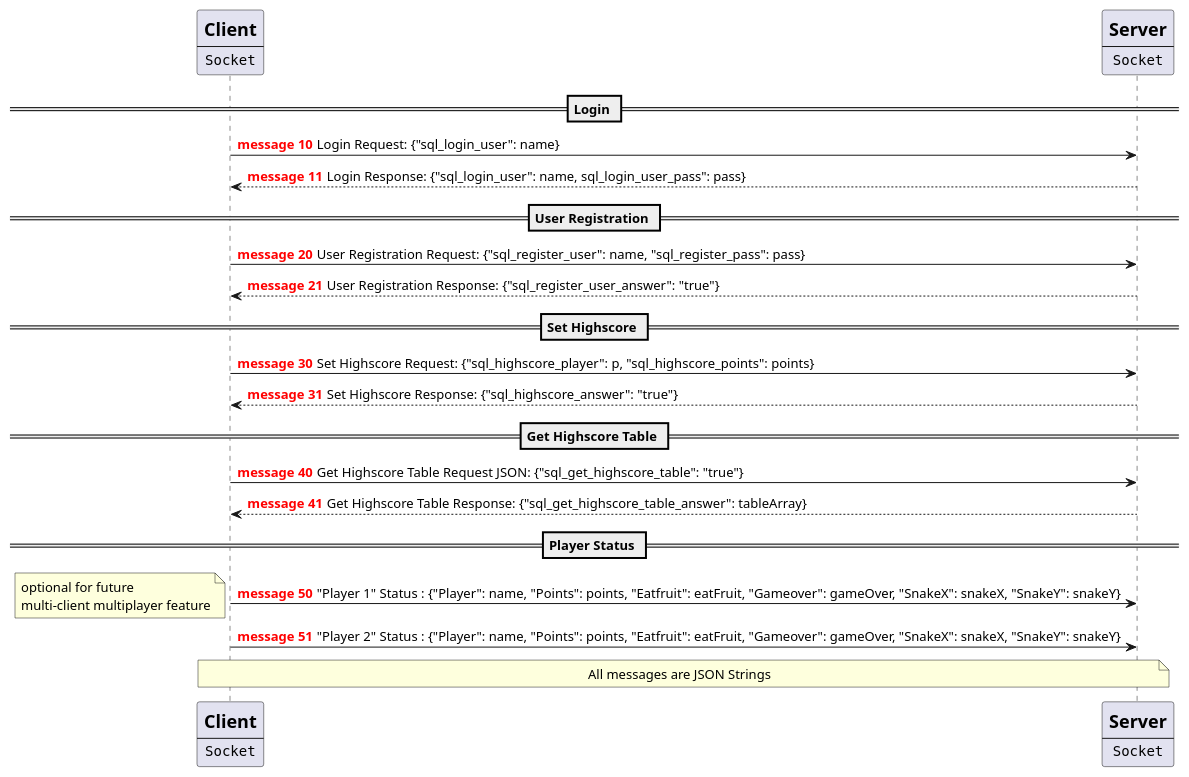
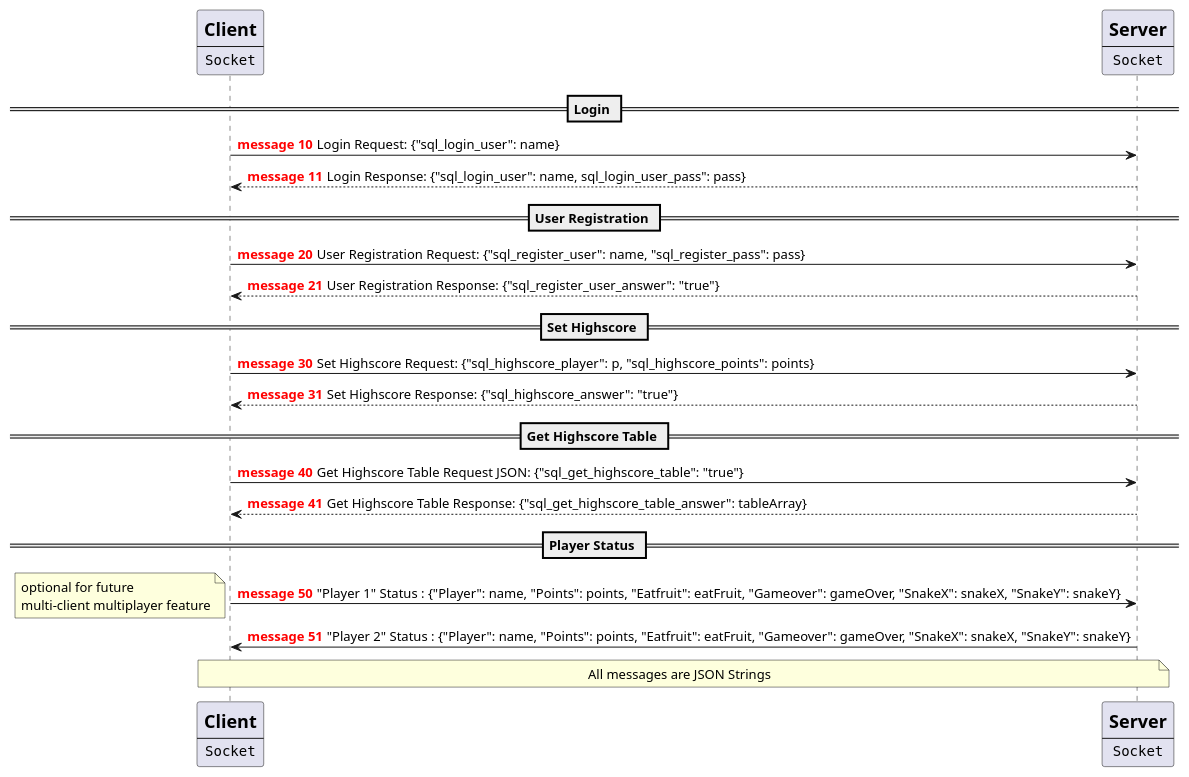
Before and after one commit to s74594/Multiplayer_Snake: the diagram in plantUML/MultiplayerSnakeNetworkCommunication.puml, drawn with PlantUML. The commit also changed 7 other files, not shown here.

```diff
--- a/plantUML/MultiplayerSnakeNetworkCommunication.puml
+++ b/plantUML/MultiplayerSnakeNetworkCommunication.puml
@@ -1,43 +1,43 @@
 @startuml
 'https://plantuml.com/sequence-diagram
 
 autonumber
 
 participant Client [
     =Client
     ----
     ""Socket""
     ]
 participant Server [
         =Server
         ----
         ""Socket""
         ]
 
 == Login ==
 autonumber 10 "<font color=red><b>message "
 Client -> Server: Login Request: {"sql_login_user": name}
 Client <-- Server: Login Response: {"sql_login_user": name, sql_login_user_pass": pass}
 == User Registration ==
 autonumber 20 "<font color=red><b>message "
 Client -> Server: User Registration Request: {"sql_register_user": name, "sql_register_pass": pass}
 Client <-- Server: User Registration Response: {"sql_register_user_answer": "true"}
 == Set Highscore ==
 autonumber 30 "<font color=red><b>message "
 Client -> Server: Set Highscore Request: {"sql_highscore_player": p, "sql_highscore_points": points}
 Client <-- Server: Set Highscore Response: {"sql_highscore_answer": "true"}
 == Get Highscore Table ==
 autonumber 40 "<font color=red><b>message "
 Client -> Server: Get Highscore Table Request JSON: {"sql_get_highscore_table": "true"}
 Client <-- Server: Get Highscore Table Response: {"sql_get_highscore_table_answer": tableArray}
 
 == Player Status ==
 autonumber 50 "<font color=red><b>message "
 Client -> Server: "Player 1" Status : {"Player": name, "Points": points, "Eatfruit": eatFruit, "Gameover": gameOver, "SnakeX": snakeX, "SnakeY": snakeY}
 note left
 optional for future
 multi-client multiplayer feature
 end note
-Client -> Server: "Player 2" Status : {"Player": name, "Points": points, "Eatfruit": eatFruit, "Gameover": gameOver, "SnakeX": snakeX, "SnakeY": snakeY}
+Client <- Server: "Player 2" Status : {"Player": name, "Points": points, "Eatfruit": eatFruit, "Gameover": gameOver, "SnakeX": snakeX, "SnakeY": snakeY}
 note over Client, Server: All messages are JSON Strings
 @enduml
```
